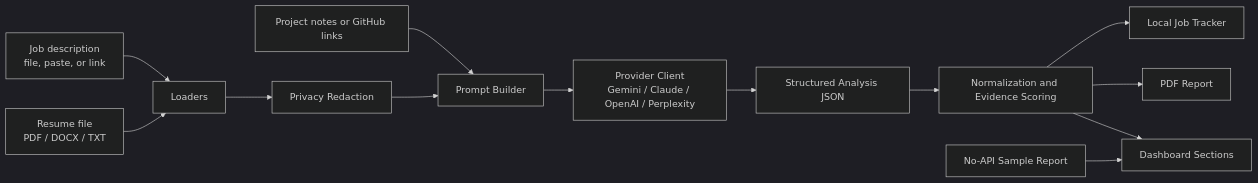
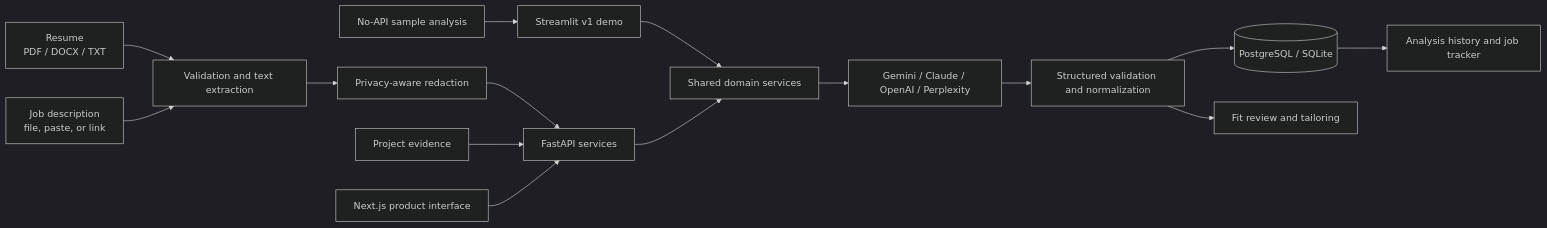
Before and after one commit to Sarthak2661/Truthfit-Resume-AI: the diagram in README.md, drawn with Mermaid (dark theme). The commit also changed other lines of this file and 4 other files, not shown here.

Commit message:
docs: document API-first product workflow

````diff
--- a/README.md
+++ b/README.md
@@ -28,15 +35,17 @@
 ```mermaid
 flowchart LR
-    A["Resume file<br>PDF / DOCX / TXT"] --> B["Loaders"]
-    C["Job description<br>file, paste, or link"] --> B
-    D["Project notes or GitHub links"] --> E["Prompt Builder"]
-    B --> F["Privacy Redaction"]
-    F --> E
-    E --> G["Provider Client<br>Gemini / Claude / OpenAI / Perplexity"]
-    G --> H["Structured Analysis JSON"]
-    H --> I["Normalization and Evidence Scoring"]
-    I --> J["Dashboard Sections"]
-    I --> K["PDF Report"]
-    I --> L["Local Job Tracker"]
-    M["No-API Sample Report"] --> J
+    resume["Resume<br>PDF / DOCX / TXT"] --> loaders["Validation and text extraction"]
+    jd["Job description<br>file, paste, or link"] --> loaders
+    loaders --> redact["Privacy-aware redaction"]
+    redact --> api["FastAPI services"]
+    projects["Project evidence"] --> api
+    web["Next.js product interface"] --> api
+    streamlit["Streamlit v1 demo"] --> shared["Shared domain services"]
+    api --> shared
+    shared --> providers["Gemini / Claude / OpenAI / Perplexity"]
+    providers --> schema["Structured validation and normalization"]
+    schema --> db[("PostgreSQL / SQLite")]
+    schema --> review["Fit review and tailoring"]
+    db --> history["Analysis history and job tracker"]
+    sample["No-API sample analysis"] --> streamlit
 ```
````
